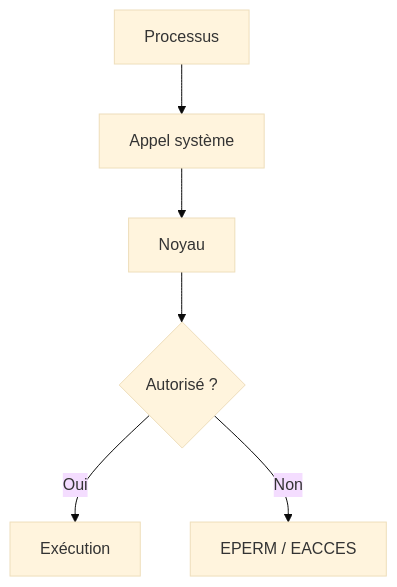
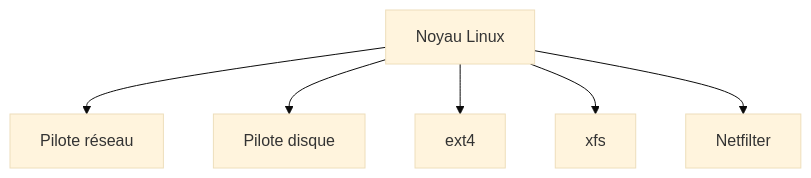
The tenth of 16 diagrams in campagne 1/1.3.md (tdelaclos/formations), drawn with Mermaid (base theme) before and after one commit. The commit also changed other lines of this file, not shown here.

````diff
--- a/campagne 1/1.3.md
+++ b/campagne 1/1.3.md
@@ -586,21 +565,15 @@
 ```mermaid
 flowchart TD
 
-A["Processus"]
+A["Noyau Linux"]
 
-B["Appel système"]
+A --> B["Pilote réseau"]
 
-C["Noyau"]
+A --> C["Pilote disque"]
 
-D{"Autorisé ?"}
+A --> D["ext4"]
 
-E["Exécution"]
+A --> E["xfs"]
 
-F["EPERM / EACCES"]
-
-A --> B
-B --> C
-C --> D
-D -->|Oui| E
-D -->|Non| F
+A --> F["Netfilter"]
 ```
````
